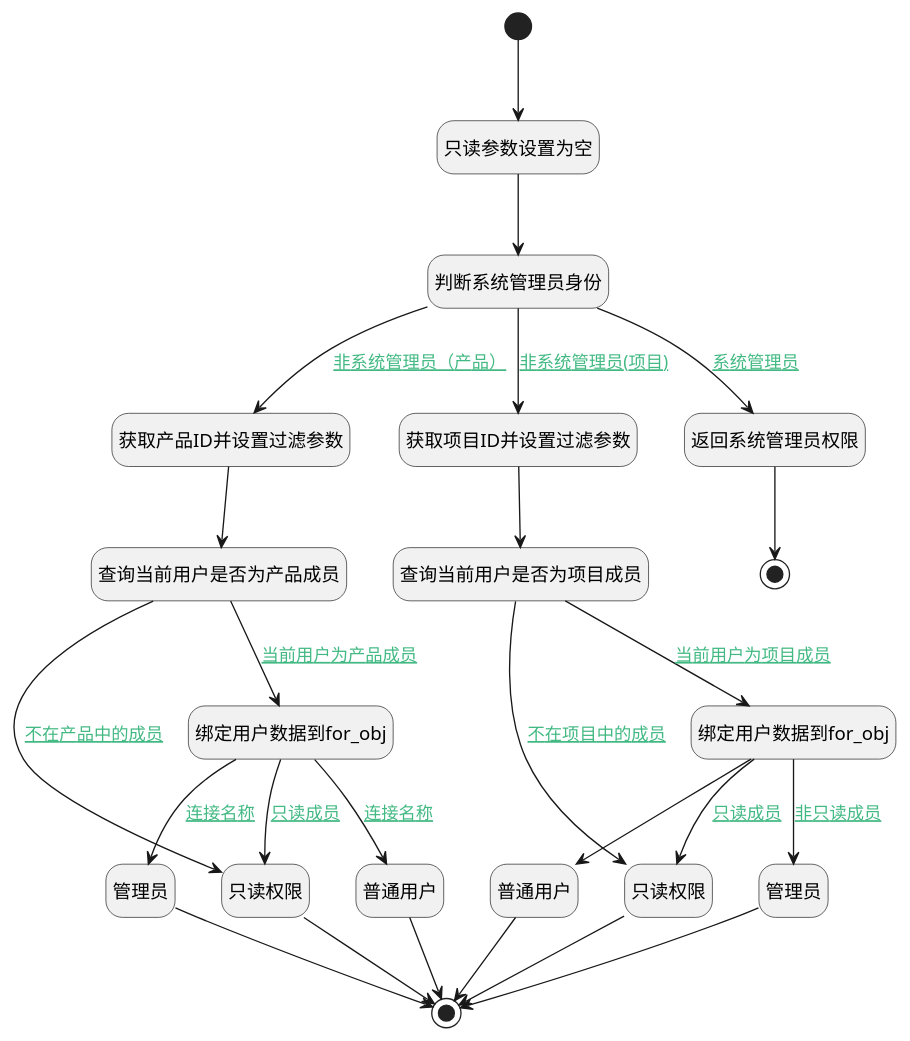
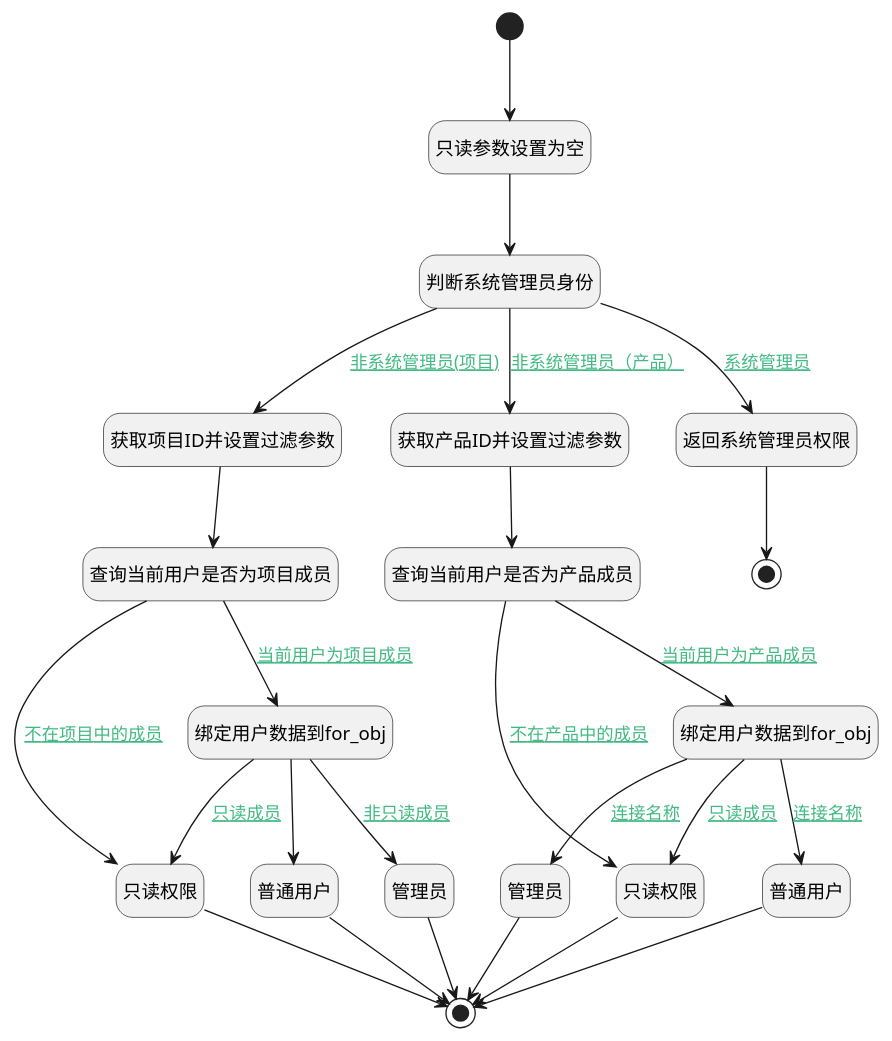
One commit to iBizLab/plm changed the diagram in doc/docsify/module/Wiki/space/logic/recognize_cur_user_role.md. Above: the diagram before and after it, drawn with PlantUML. The commit also changed other lines of this file and 1276 other files, not shown here.

````diff
--- a/doc/docsify/module/Wiki/space/logic/recognize_cur_user_role.md
+++ b/doc/docsify/module/Wiki/space/logic/recognize_cur_user_role.md
@@ -7,58 +7,58 @@
 ```plantuml
 @startuml
 hide empty description
 <style>
 root {
   HyperlinkColor #42b983
 }
 </style>
 
 hide empty description
 state "开始" as Begin <<start>> [[$./recognize_cur_user_role#begin {"开始"}]]
 state "获取项目ID并设置过滤参数" as PREPAREPARAM2  [[$./recognize_cur_user_role#prepareparam2 {"获取项目ID并设置过滤参数"}]]
 state "获取产品ID并设置过滤参数" as PREPAREPARAM6  [[$./recognize_cur_user_role#prepareparam6 {"获取产品ID并设置过滤参数"}]]
 state "查询当前用户是否为产品成员" as DEDATASET2  [[$./recognize_cur_user_role#dedataset2 {"查询当前用户是否为产品成员"}]]
+state "查询当前用户是否为项目成员" as DEDATASET3  [[$./recognize_cur_user_role#dedataset3 {"查询当前用户是否为项目成员"}]]
 state "返回系统管理员权限" as PREPAREPARAM3  [[$./recognize_cur_user_role#prepareparam3 {"返回系统管理员权限"}]]
 state "结束" as END2 <<end>> [[$./recognize_cur_user_role#end2 {"结束"}]]
-state "查询当前用户是否为项目成员" as DEDATASET3  [[$./recognize_cur_user_role#dedataset3 {"查询当前用户是否为项目成员"}]]
 state "只读参数设置为空" as PREPAREPARAM4  [[$./recognize_cur_user_role#prepareparam4 {"只读参数设置为空"}]]
 state "绑定用户数据到for_obj" as PREPAREPARAM5  [[$./recognize_cur_user_role#prepareparam5 {"绑定用户数据到for_obj"}]]
+state "只读权限" as RAWSFCODE1  [[$./recognize_cur_user_role#rawsfcode1 {"只读权限"}]]
+state "只读权限" as RAWSFCODE4  [[$./recognize_cur_user_role#rawsfcode4 {"只读权限"}]]
 state "普通用户" as RAWSFCODE6  [[$./recognize_cur_user_role#rawsfcode6 {"普通用户"}]]
 state "绑定用户数据到for_obj" as PREPAREPARAM7  [[$./recognize_cur_user_role#prepareparam7 {"绑定用户数据到for_obj"}]]
+state "管理员" as RAWSFCODE2  [[$./recognize_cur_user_role#rawsfcode2 {"管理员"}]]
+state "判断系统管理员身份" as RAWSFCODE3  [[$./recognize_cur_user_role#rawsfcode3 {"判断系统管理员身份"}]]
 state "管理员" as RAWSFCODE5  [[$./recognize_cur_user_role#rawsfcode5 {"管理员"}]]
-state "只读权限" as RAWSFCODE1  [[$./recognize_cur_user_role#rawsfcode1 {"只读权限"}]]
-state "管理员" as RAWSFCODE2  [[$./recognize_cur_user_role#rawsfcode2 {"管理员"}]]
 state "普通用户" as RAWSFCODE7  [[$./recognize_cur_user_role#rawsfcode7 {"普通用户"}]]
 state "结束" as END6 <<end>> [[$./recognize_cur_user_role#end6 {"结束"}]]
-state "判断系统管理员身份" as RAWSFCODE3  [[$./recognize_cur_user_role#rawsfcode3 {"判断系统管理员身份"}]]
-state "只读权限" as RAWSFCODE4  [[$./recognize_cur_user_role#rawsfcode4 {"只读权限"}]]
 
 
 Begin --> PREPAREPARAM4
 PREPAREPARAM4 --> RAWSFCODE3
 RAWSFCODE3 --> PREPAREPARAM2 : [[$./recognize_cur_user_role#rawsfcode3-prepareparam2{非系统管理员(项目)} 非系统管理员(项目)]]
 PREPAREPARAM2 --> DEDATASET3
 DEDATASET3 --> RAWSFCODE1 : [[$./recognize_cur_user_role#dedataset3-rawsfcode1{不在项目中的成员} 不在项目中的成员]]
 RAWSFCODE1 --> END6
 DEDATASET3 --> PREPAREPARAM5 : [[$./recognize_cur_user_role#dedataset3-prepareparam5{当前用户为项目成员} 当前用户为项目成员]]
 PREPAREPARAM5 --> RAWSFCODE2 : [[$./recognize_cur_user_role#prepareparam5-rawsfcode2{非只读成员} 非只读成员]]
 RAWSFCODE2 --> END6
 PREPAREPARAM5 --> RAWSFCODE1 : [[$./recognize_cur_user_role#prepareparam5-rawsfcode1{只读成员} 只读成员]]
 PREPAREPARAM5 --> RAWSFCODE7
 RAWSFCODE7 --> END6
 RAWSFCODE3 --> PREPAREPARAM3 : [[$./recognize_cur_user_role#rawsfcode3-prepareparam3{系统管理员} 系统管理员]]
 PREPAREPARAM3 --> END2
 RAWSFCODE3 --> PREPAREPARAM6 : [[$./recognize_cur_user_role#rawsfcode3-prepareparam6{非系统管理员（产品）} 非系统管理员（产品）]]
 PREPAREPARAM6 --> DEDATASET2
 DEDATASET2 --> PREPAREPARAM7 : [[$./recognize_cur_user_role#dedataset2-prepareparam7{当前用户为产品成员} 当前用户为产品成员]]
 PREPAREPARAM7 --> RAWSFCODE5 : [[$./recognize_cur_user_role#prepareparam7-rawsfcode5{连接名称} 连接名称]]
 RAWSFCODE5 --> END6
 PREPAREPARAM7 --> RAWSFCODE6 : [[$./recognize_cur_user_role#prepareparam7-rawsfcode6{连接名称} 连接名称]]
 RAWSFCODE6 --> END6
 PREPAREPARAM7 --> RAWSFCODE4 : [[$./recognize_cur_user_role#prepareparam7-rawsfcode4{只读成员} 只读成员]]
 RAWSFCODE4 --> END6
 DEDATASET2 --> RAWSFCODE4 : [[$./recognize_cur_user_role#dedataset2-rawsfcode4{不在产品中的成员} 不在产品中的成员]]
 
 
 @enduml
 ```
````
